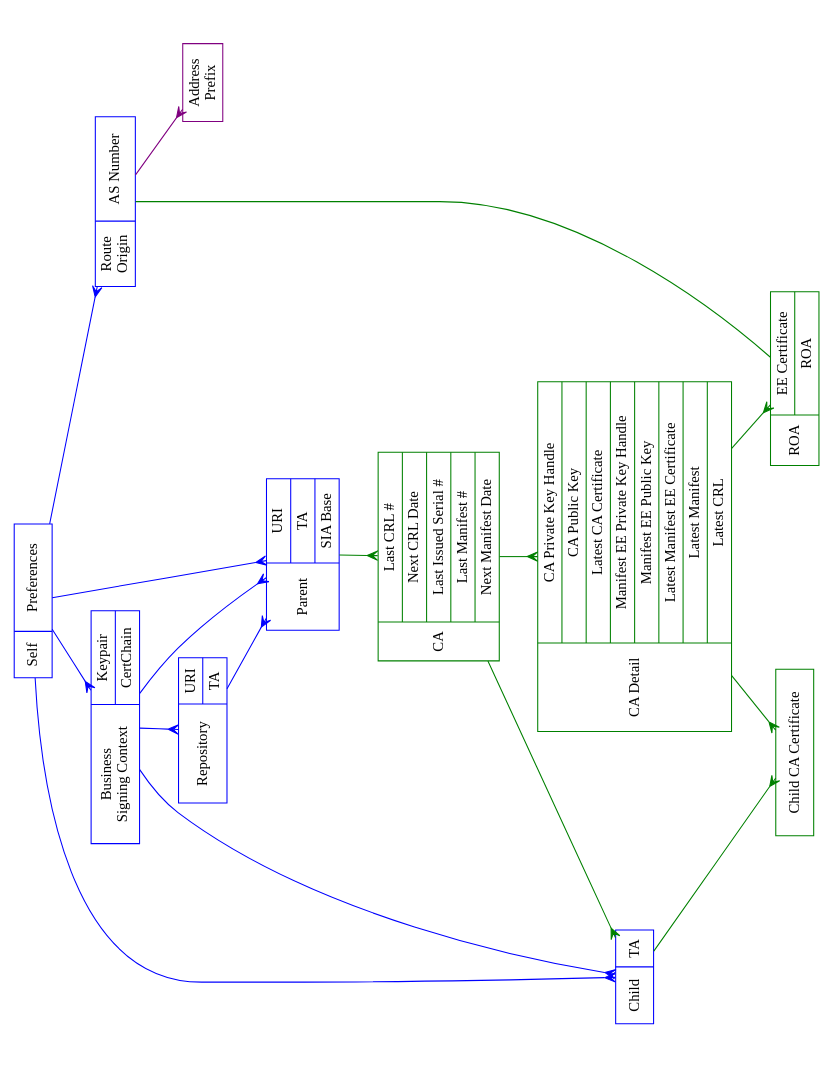
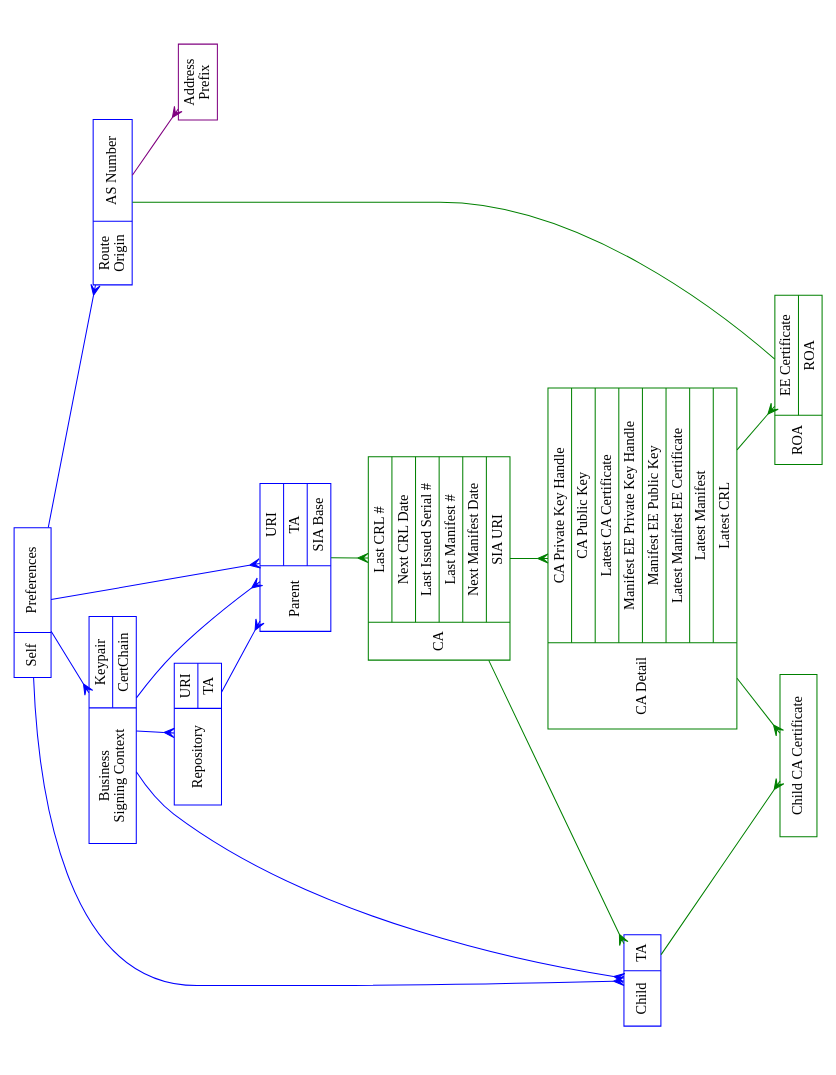
The diagram in docs/repository-engine-objects.dot (dragonresearch/rpki.net), drawn with Graphviz before and after one commit. The commit also changed 1 other file, not shown here.

Commit message:
SIA URI in CA object
svn path=/docs/repository-engine-objects.dot; revision=929

```diff
--- a/docs/repository-engine-objects.dot
+++ b/docs/repository-engine-objects.dot
@@ -1,86 +1,86 @@
 // $URL$
 // $Id$
 //
 // {arrowhead,arrowtail} shapes indicate database object relationships:
 //   1-  none
 //   m-  crow
 //
 // Color code:
 //   Blue:  visible in left-right protocol
 //   Green: created on the fly
 
 digraph rpki_engine_objects {
 	rotate=90;	size="11,8.5";	splines=true;	ratio=fill;
 	node		[ shape=record ];
 
 	// Objects visible in left-to-right protocol
 	node		[ color=blue ];
 	self		[ label="Self|{Preferences}" ];
 	parent		[ label="Parent|{URI|TA|SIA Base}" ];
 	repo		[ label="Repository|{URI|TA}" ];
 	child		[ label="Child|{TA}" ];
 	biz_sign	[ label="Business\nSigning Context|{Keypair|CertChain}" ];
 	route_origin	[ label="Route\nOrigin|{AS Number}" ];
 
 	// Objects which left-right protocol sees as part of other
 	// objects but which SQL needs to be separate for
 	// normalization.
 
 	addr_set	[ label="Address\nPrefix", color=purple ];
 
 	// Objects created on the fly by the RPKI engine
 	node		[ color=green ];
-	ca		[ label="CA|{Last CRL #|Next CRL Date|Last Issued Serial #|Last Manifest #|Next Manifest Date}" ];
+	ca		[ label="CA|{Last CRL #|Next CRL Date|Last Issued Serial #|Last Manifest #|Next Manifest Date|SIA URI}" ];
 	ca_detail	[ label="CA Detail|{CA Private Key Handle|CA Public Key|Latest CA Certificate|Manifest EE Private Key Handle|Manifest EE Public Key|Latest Manifest EE Certificate|Latest Manifest|Latest CRL}" ];
 
 	// Some question whether these objects need to be in database
 	// per se or are just properties hanging on some other object
 	// like ca or ca_detail.  For manifests, we need last serial,
 	// same as for CRL.
 	roa		[ label="ROA|{EE Certificate|ROA}" ];
 
 	// This one is a table of everything we have ever issued to
 	// this child, not to be confused with what's -currently-
 	// issued to this child.  Some question whether this hangs off
 	// ca or ca_detail, but we -think- hanging off of ca_detail is
 	// correct because certificates are issued by a particular
 	// keypair.
 
 	child_cert	[ label="Child CA Certificate" ];
 
 	// One-many mappings
 	edge [ color=blue, arrowtail=none, arrowhead=crow ];
 	self -> biz_sign;
 	biz_sign -> child;
 	biz_sign -> parent;
 	biz_sign -> repo;
 	self -> child;
 	self -> parent;
 	repo -> parent;
 	self -> route_origin;
 
 	route_origin -> addr_set [ color=purple, arrowtail=none, arrowhead=crow ];
 
 	// This is many-many because each child is an entity, each CA
 	// can have multiple children, and each child can hold certs
 	// from multiple CAs (thanks, RobL).
 	//
 	ca -> child	[ color=green, arrowtail=crow, arrowhead=crow ];
 
 	// One-many mappings
 	edge [ color=green, arrowtail=none, arrowhead=crow ];
 	ca -> ca_detail;
 	child -> child_cert;
 	parent -> ca;
 	ca_detail -> child_cert;
 	ca_detail -> roa;
 
 	// One-one mapping -- separate object to highlight dynamic nature
 	edge [ color=green, arrowtail=none, arrowhead=none, style=solid ];
 	route_origin -> roa;
 
 }
 
 // Local Variables:
 // compile-command: "dot -Tps2 repository-engine-objects.dot | ps2pdf - repository-engine-objects.pdf"
 // End:
```
